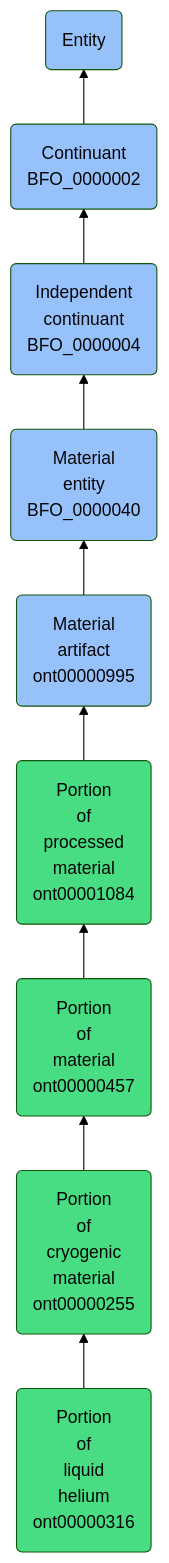
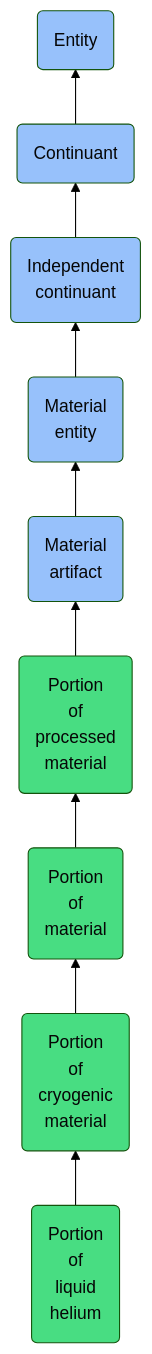
The diagram in docs/ontology/reference/model/Entity/Continuant/Independent continuant/Material entity/Material artifact/Portion of processed material/Portion of material/Portion of cryogenic material/Portion of liquid helium/Portion of liquid helium.md (jupyter-naas/abi), drawn with Mermaid (forest theme) before and after one commit. The commit also changed other lines of this file and 1430 other files, not shown here.

````diff
--- a/docs/ontology/reference/model/Entity/Continuant/Independent continuant/Material entity/Material artifact/Portion of processed material/Portion of material/Portion of cryogenic material/Portion of liquid helium/Portion of liquid helium.md
+++ b/docs/ontology/reference/model/Entity/Continuant/Independent continuant/Material entity/Material artifact/Portion of processed material/Portion of material/Portion of cryogenic material/Portion of liquid helium/Portion of liquid helium.md
@@ -24,16 +24,16 @@
 ```mermaid
 graph BT
-    ont00000316(Portion<br>of<br>liquid<br>helium<br>ont00000316):::ABI-->ont00000255
-    ont00000255(Portion<br>of<br>cryogenic<br>material<br>ont00000255):::ABI-->ont00000457
-    ont00000457(Portion<br>of<br>material<br>ont00000457):::ABI-->ont00001084
-    ont00001084(Portion<br>of<br>processed<br>material<br>ont00001084):::ABI-->ont00000995
-    ont00000995(Material<br>artifact<br>ont00000995):::BFO-->BFO_0000040
-    BFO_0000040(Material<br>entity<br>BFO_0000040):::BFO-->BFO_0000004
-    BFO_0000004(Independent<br>continuant<br>BFO_0000004):::BFO-->BFO_0000002
-    BFO_0000002(Continuant<br>BFO_0000002):::BFO-->BFO_0000001
+    ont00000316(Portion<br>of<br>liquid<br>helium):::ABI-->ont00000255
+    ont00000255(Portion<br>of<br>cryogenic<br>material):::ABI-->ont00000457
+    ont00000457(Portion<br>of<br>material):::ABI-->ont00001084
+    ont00001084(Portion<br>of<br>processed<br>material):::ABI-->ont00000995
+    ont00000995(Material<br>artifact):::BFO-->BFO_0000040
+    BFO_0000040(Material<br>entity):::BFO-->BFO_0000004
+    BFO_0000004(Independent<br>continuant):::BFO-->BFO_0000002
+    BFO_0000002(Continuant):::BFO-->BFO_0000001
     BFO_0000001(Entity):::BFO
     
     classDef BFO fill:#97c1fb,color:#060606
     classDef CCO fill:#e4c51e,color:#060606
     classDef ABI fill:#48DD82,color:#060606
 ```
````
